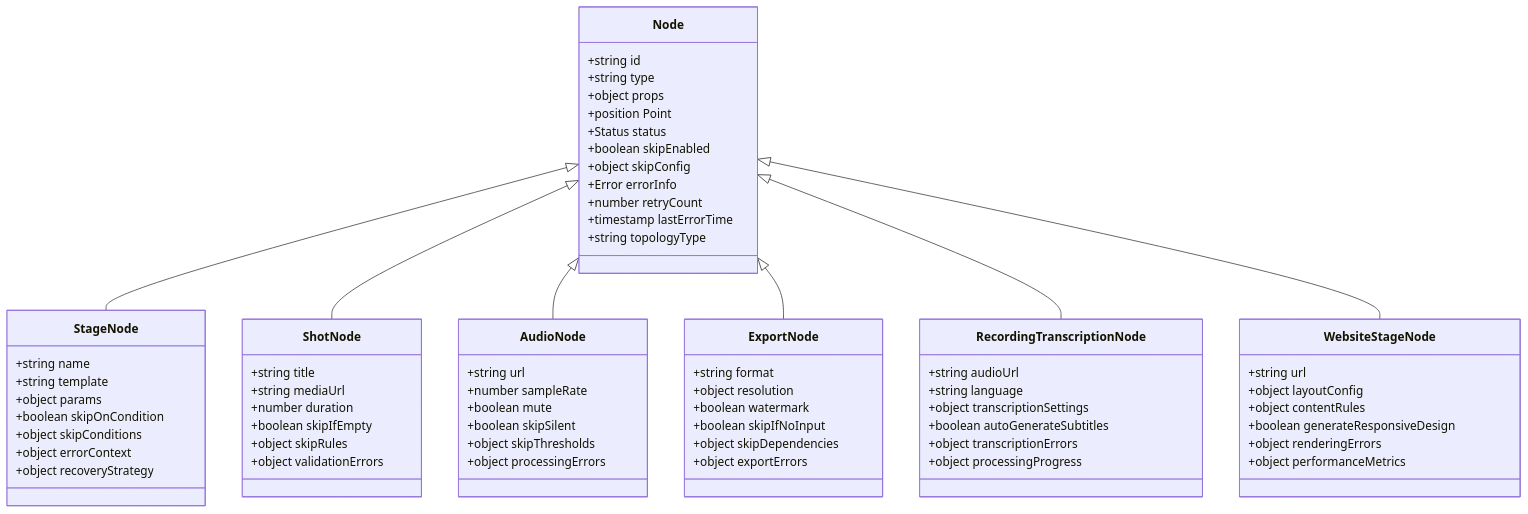
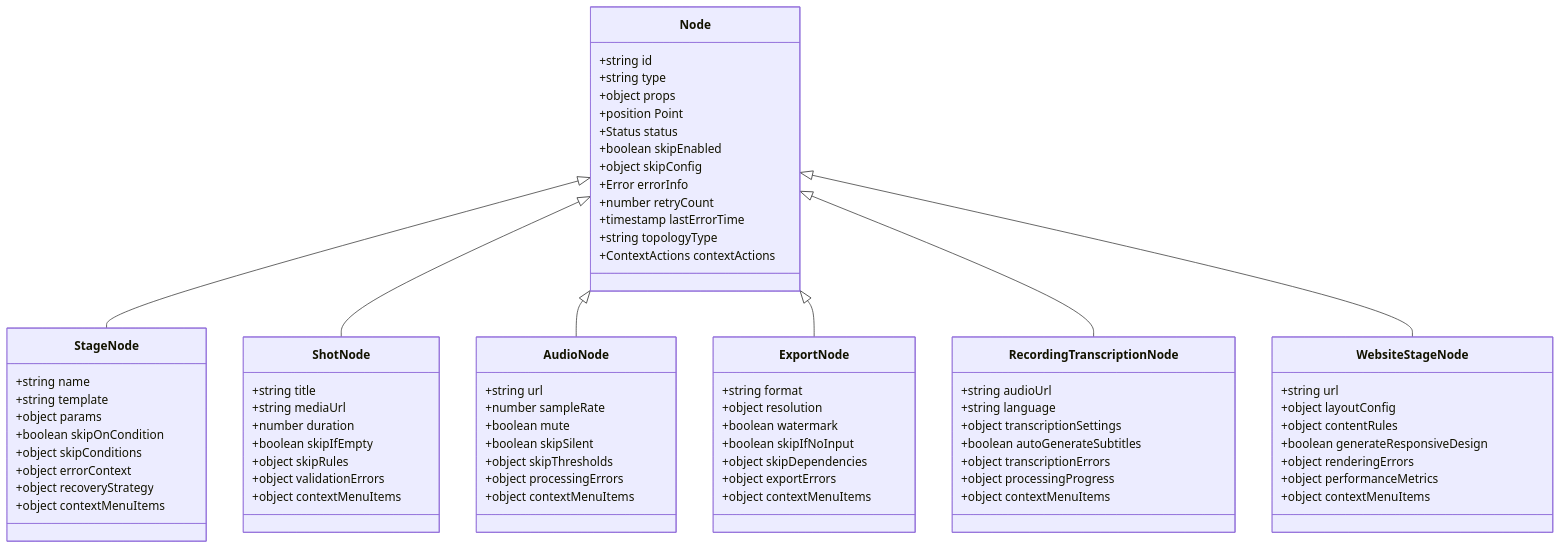
Before and after one commit to scottcwy/PurpleInk: the seventh of 19 diagrams in .qoder/repowiki/zh/content/画布编辑器/画布编辑器.md, drawn with Mermaid. The commit also changed other lines of this file and 23 other files, not shown here.

````diff
--- a/.qoder/repowiki/zh/content/画布编辑器/画布编辑器.md
+++ b/.qoder/repowiki/zh/content/画布编辑器/画布编辑器.md
@@ -314,71 +434,78 @@
 ```mermaid
 classDiagram
 class Node {
 +string id
 +string type
 +object props
 +position Point
 +Status status
 +boolean skipEnabled
 +object skipConfig
 +Error errorInfo
 +number retryCount
 +timestamp lastErrorTime
 +string topologyType
++ContextActions contextActions
 }
 class StageNode {
 +string name
 +string template
 +object params
 +boolean skipOnCondition
 +object skipConditions
 +object errorContext
 +object recoveryStrategy
++object contextMenuItems
 }
 class ShotNode {
 +string title
 +string mediaUrl
 +number duration
 +boolean skipIfEmpty
 +object skipRules
 +object validationErrors
++object contextMenuItems
 }
 class AudioNode {
 +string url
 +number sampleRate
 +boolean mute
 +boolean skipSilent
 +object skipThresholds
 +object processingErrors
++object contextMenuItems
 }
 class ExportNode {
 +string format
 +object resolution
 +boolean watermark
 +boolean skipIfNoInput
 +object skipDependencies
 +object exportErrors
++object contextMenuItems
 }
 class RecordingTranscriptionNode {
 +string audioUrl
 +string language
 +object transcriptionSettings
 +boolean autoGenerateSubtitles
 +object transcriptionErrors
 +object processingProgress
++object contextMenuItems
 }
 class WebsiteStageNode {
 +string url
 +object layoutConfig
 +object contentRules
 +boolean generateResponsiveDesign
 +object renderingErrors
 +object performanceMetrics
++object contextMenuItems
 }
 Node <|-- StageNode
 Node <|-- ShotNode
 Node <|-- AudioNode
 Node <|-- ExportNode
 Node <|-- RecordingTranscriptionNode
 Node <|-- WebsiteStageNode
 ```
````
